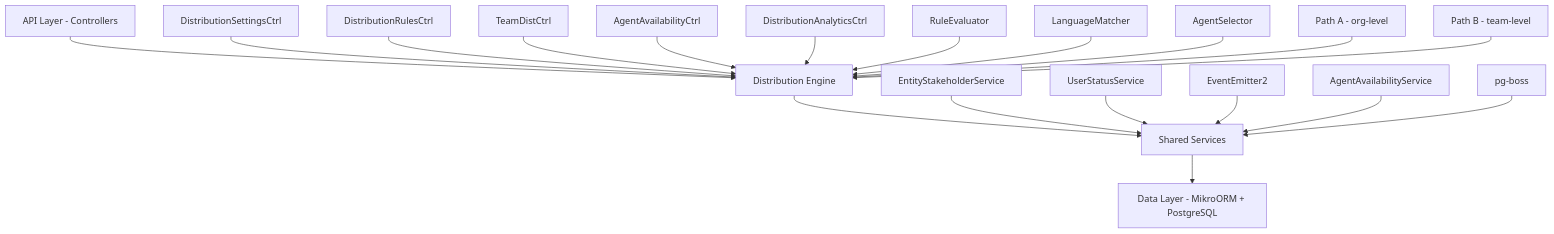
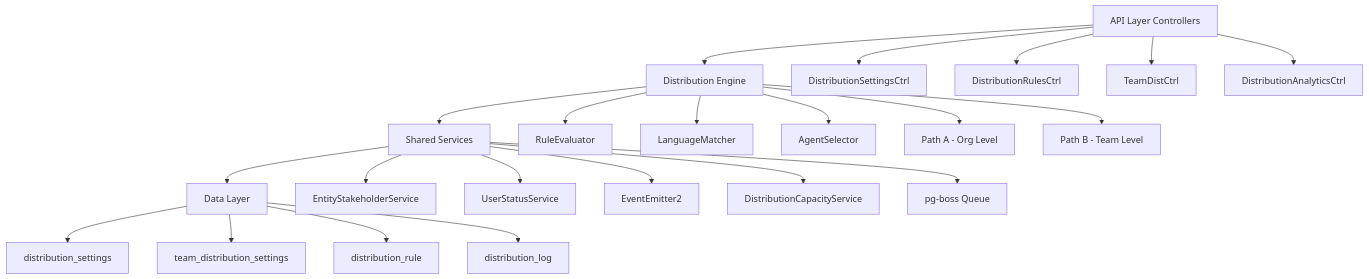
One commit to tech-propwise-org/docs changed the diagram in backend/crm/distribution-module-specification.mdx. Above: the diagram before and after it, drawn with Mermaid. The commit also changed other lines of this file and 46 other files, not shown here.

````diff
--- a/backend/crm/distribution-module-specification.mdx
+++ b/backend/crm/distribution-module-specification.mdx
@@ -48,24 +59,28 @@
 ```mermaid
-graph TD
-    A[API Layer - Controllers] --> B[Distribution Engine]
+graph TB
+    A[API Layer Controllers] --> B[Distribution Engine]
     B --> C[Shared Services]
-    C --> D[Data Layer - MikroORM + PostgreSQL]
+    C --> D[Data Layer]
     
-    A1[DistributionSettingsCtrl] --> B
-    A2[DistributionRulesCtrl] --> B
-    A3[TeamDistCtrl] --> B
-    A4[AgentAvailabilityCtrl] --> B
-    A5[DistributionAnalyticsCtrl] --> B
+    A --> A1[DistributionSettingsCtrl]
+    A --> A2[DistributionRulesCtrl]
+    A --> A3[TeamDistCtrl]
+    A --> A4[DistributionAnalyticsCtrl]
     
-    B1[RuleEvaluator] --> B
-    B2[LanguageMatcher] --> B
-    B3[AgentSelector] --> B
-    B4[Path A - org-level] --> B
-    B5[Path B - team-level] --> B
+    B --> B1[RuleEvaluator]
+    B --> B2[LanguageMatcher]
+    B --> B3[AgentSelector]
+    B --> B4[Path A - Org Level]
+    B --> B5[Path B - Team Level]
     
-    C1[EntityStakeholderService] --> C
-    C2[UserStatusService] --> C
-    C3[EventEmitter2] --> C
-    C4[AgentAvailabilityService] --> C
-    C5[pg-boss] --> C
+    C --> C1[EntityStakeholderService]
+    C --> C2[UserStatusService]
+    C --> C3[EventEmitter2]
+    C --> C4[DistributionCapacityService]
+    C --> C5[pg-boss Queue]
+    
+    D --> D1[distribution_settings]
+    D --> D2[team_distribution_settings]
+    D --> D3[distribution_rule]
+    D --> D4[distribution_log]
 ```
````
